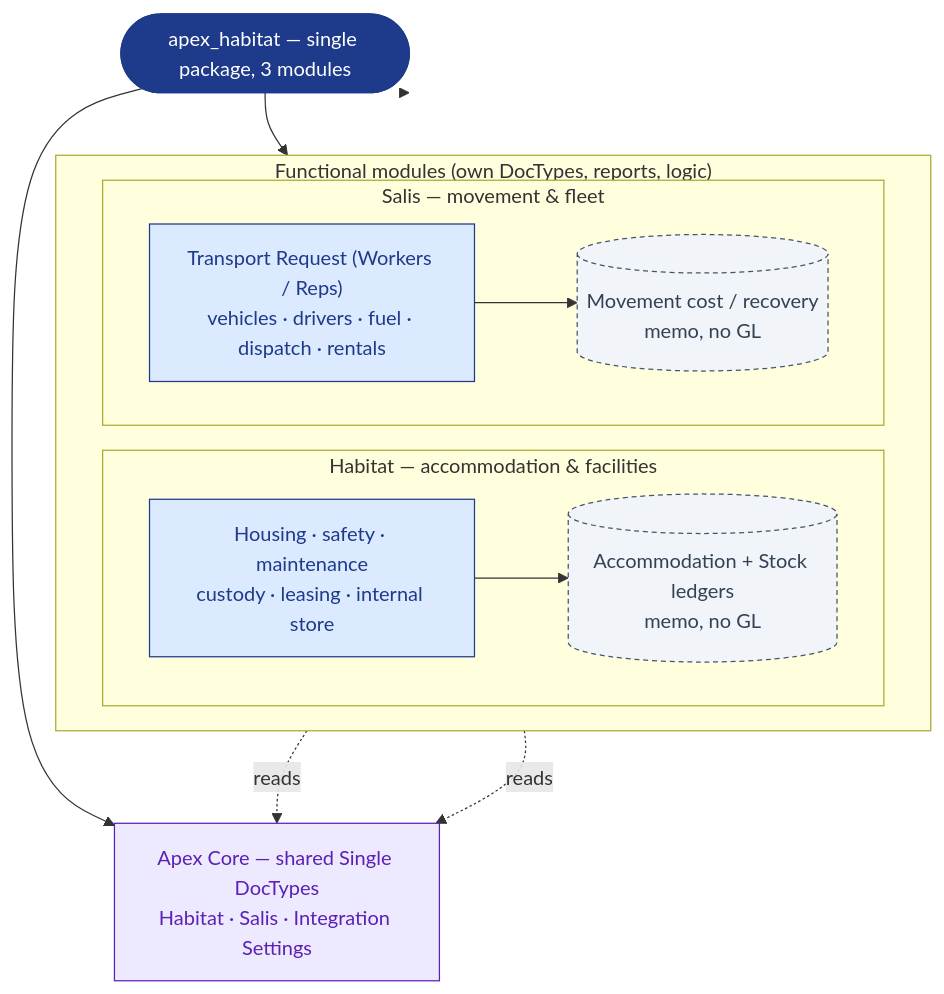
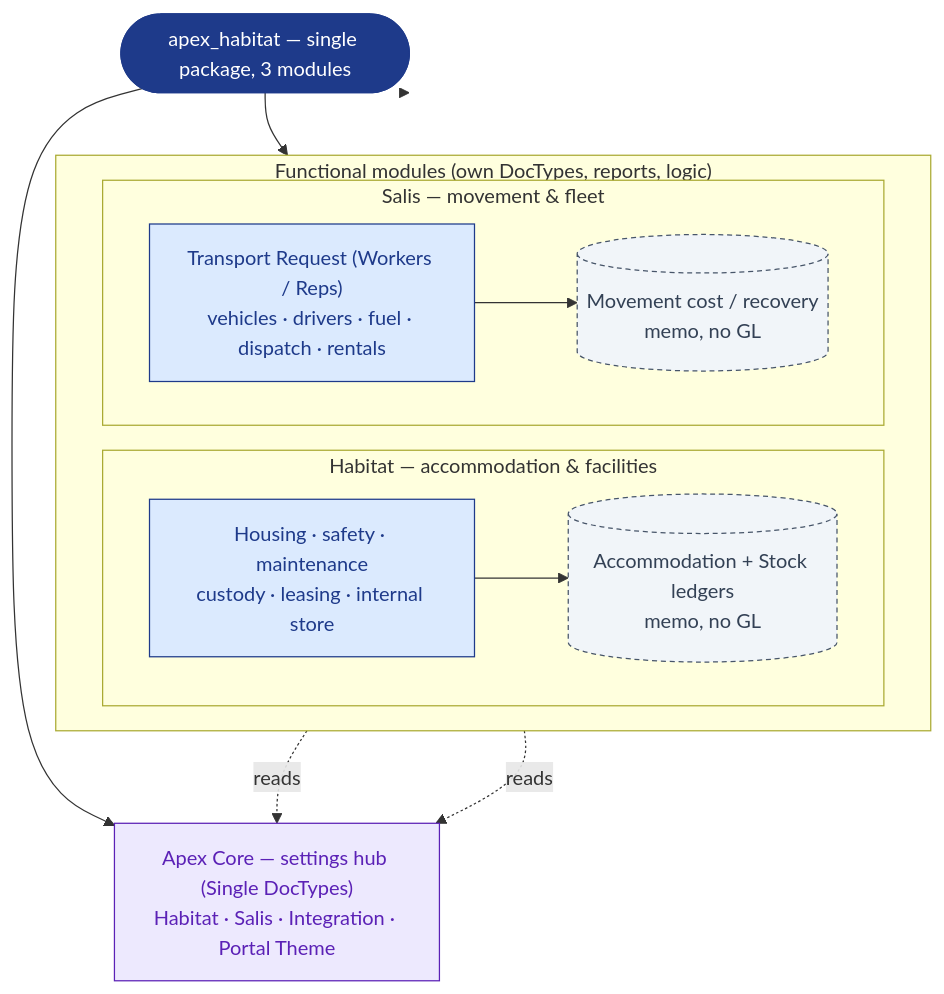
Before and after one commit to iabodysa/apex: the first of 6 diagrams in README.md, drawn with Mermaid. The commit also changed other lines of this file and 7 other files, not shown here.

````diff
--- a/README.md
+++ b/README.md
@@ -21,31 +21,31 @@
 ```mermaid
 flowchart TB
     PKG(["apex_habitat — single package, 3 modules"]):::hub
 
     subgraph Functional ["Functional modules (own DocTypes, reports, logic)"]
         direction LR
         subgraph HABG ["Habitat — accommodation & facilities"]
             HAB["Housing · safety · maintenance<br/>custody · leasing · internal store"]:::dom
             HLED[("Accommodation + Stock ledgers<br/>memo, no GL")]:::sink
         end
         subgraph SALG ["Salis — movement & fleet"]
             SAL["Transport Request (Workers / Reps)<br/>vehicles · drivers · fuel · dispatch · rentals"]:::dom
             SLED[("Movement cost / recovery<br/>memo, no GL")]:::sink
         end
     end
 
-    CORE["Apex Core — shared Single DocTypes<br/>Habitat · Salis · Integration Settings"]:::core
+    CORE["Apex Core — settings hub (Single DocTypes)<br/>Habitat · Salis · Integration · Portal Theme"]:::core
 
     PKG --> HABG
     PKG --> SALG
     PKG --> CORE
     HAB --> HLED
     SAL --> SLED
     HAB -. reads .-> CORE
     SAL -. reads .-> CORE
 
     classDef hub fill:#1e3a8a,stroke:#1e3a8a,color:#fff;
     classDef dom fill:#dbeafe,stroke:#1e3a8a,color:#1e3a8a;
     classDef core fill:#ede9fe,stroke:#5b21b6,color:#5b21b6;
     classDef sink fill:#f1f5f9,stroke:#475569,color:#334155,stroke-dasharray:4 3;
 ```
````
